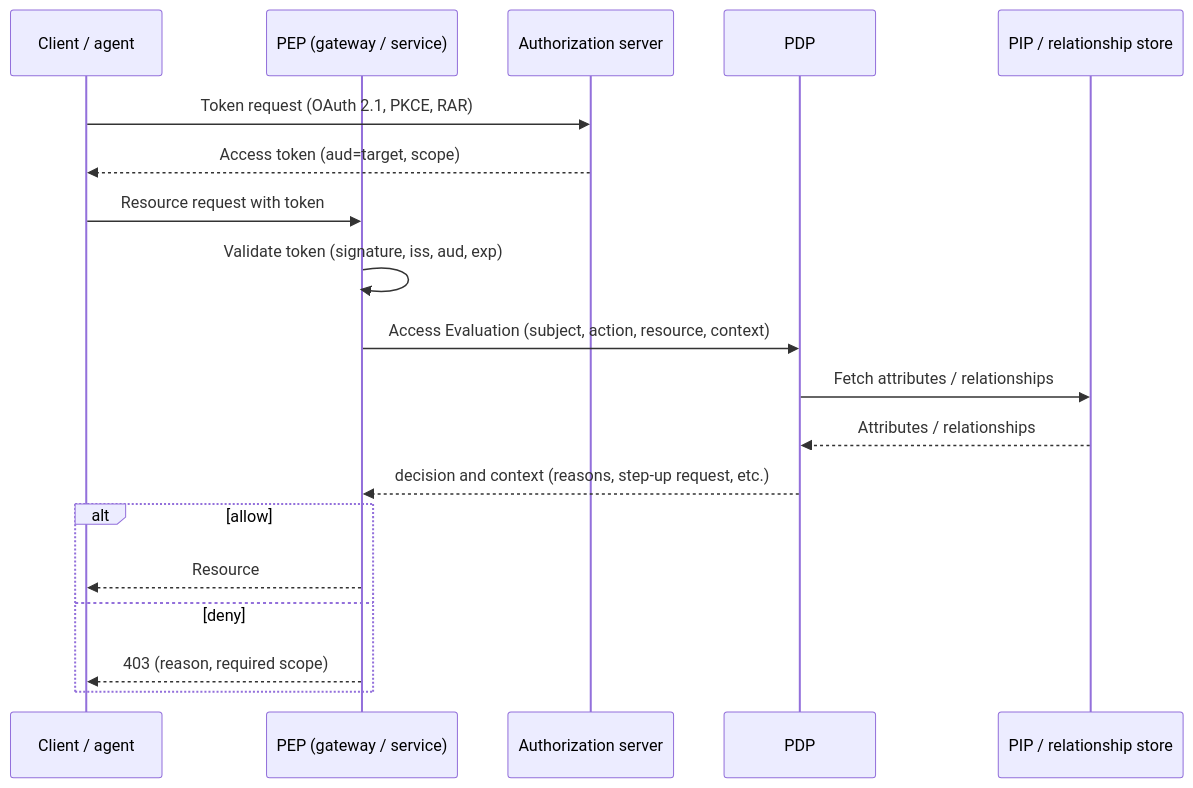
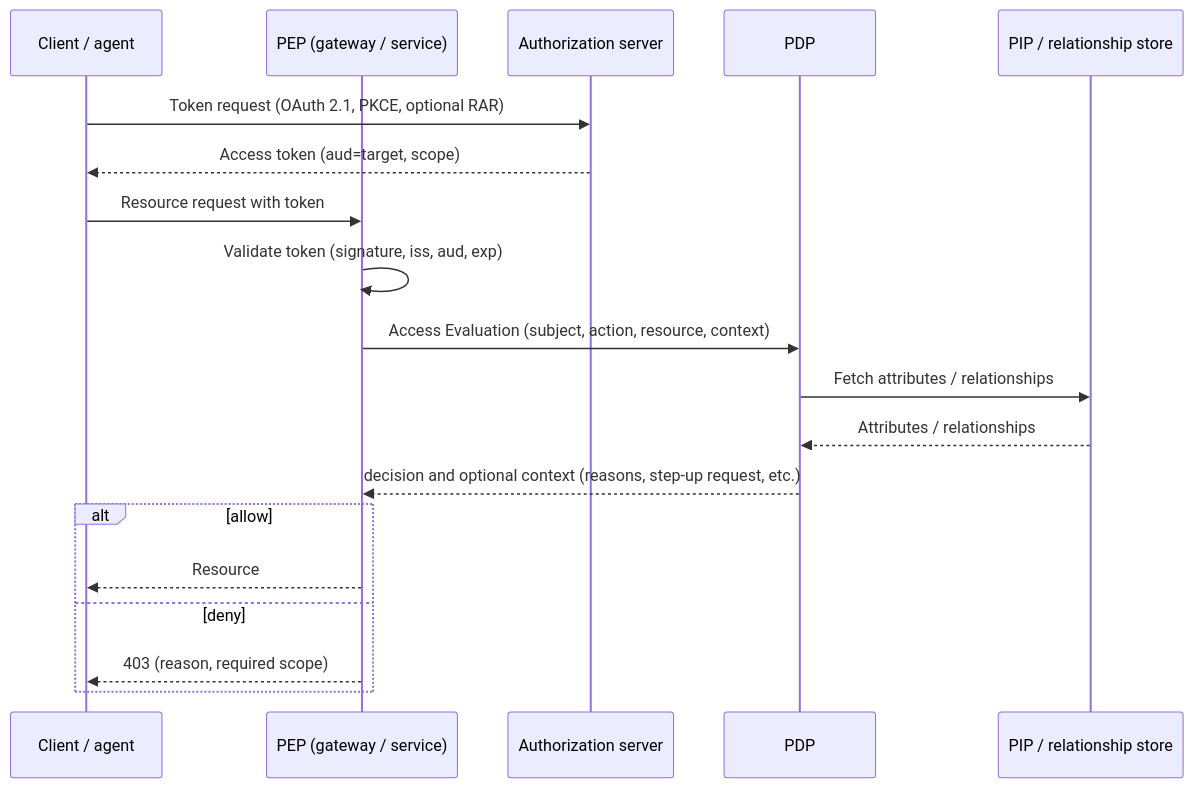
Before and after one commit to bmf-san/bmf-tech: the third of 6 diagrams in content/en/posts/authorization-platform-architecture-decisions.md, drawn with Mermaid. The commit also changed other lines of this file and 1 other file, not shown here.

First line of the commit message:
fix: 認可基盤のアーキテクチャの記事の図とまとめを本文と AARP・AuthZEN・MCP の任意の要素に合わせる

````diff
--- a/content/en/posts/authorization-platform-architecture-decisions.md
+++ b/content/en/posts/authorization-platform-architecture-decisions.md
@@ -203,21 +202,21 @@
 ```mermaid
 sequenceDiagram
     participant C as Client / agent
     participant PEP as PEP (gateway / service)
     participant AS as Authorization server
     participant PDP as PDP
     participant PIP as PIP / relationship store
-    C->>AS: Token request (OAuth 2.1, PKCE, RAR)
+    C->>AS: Token request (OAuth 2.1, PKCE, optional RAR)
     AS-->>C: Access token (aud=target, scope)
     C->>PEP: Resource request with token
     PEP->>PEP: Validate token (signature, iss, aud, exp)
     PEP->>PDP: Access Evaluation (subject, action, resource, context)
     PDP->>PIP: Fetch attributes / relationships
     PIP-->>PDP: Attributes / relationships
-    PDP-->>PEP: decision and context (reasons, step-up request, etc.)
+    PDP-->>PEP: decision and optional context (reasons, step-up request, etc.)
     alt allow
         PEP-->>C: Resource
     else deny
         PEP-->>C: 403 (reason, required scope)
     end
 ```
````
